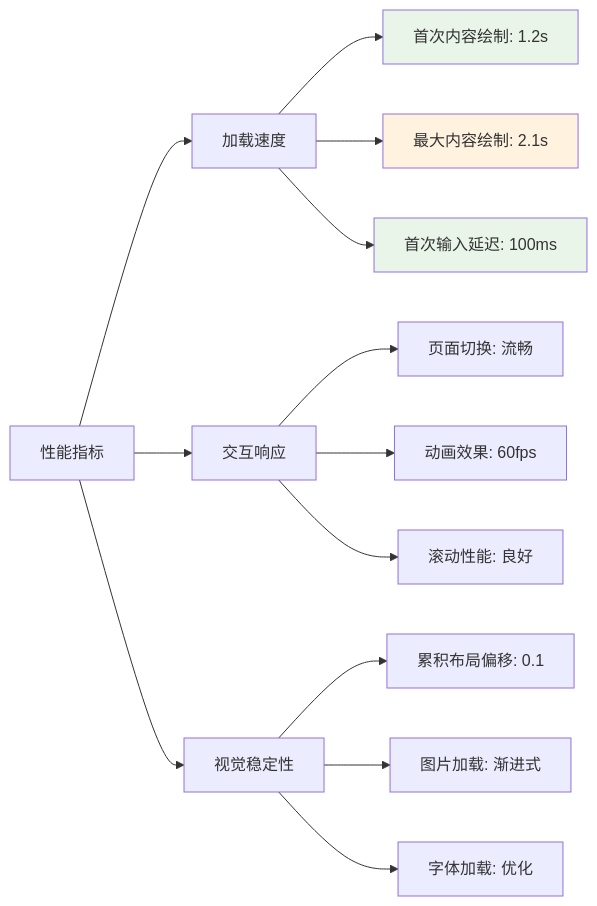
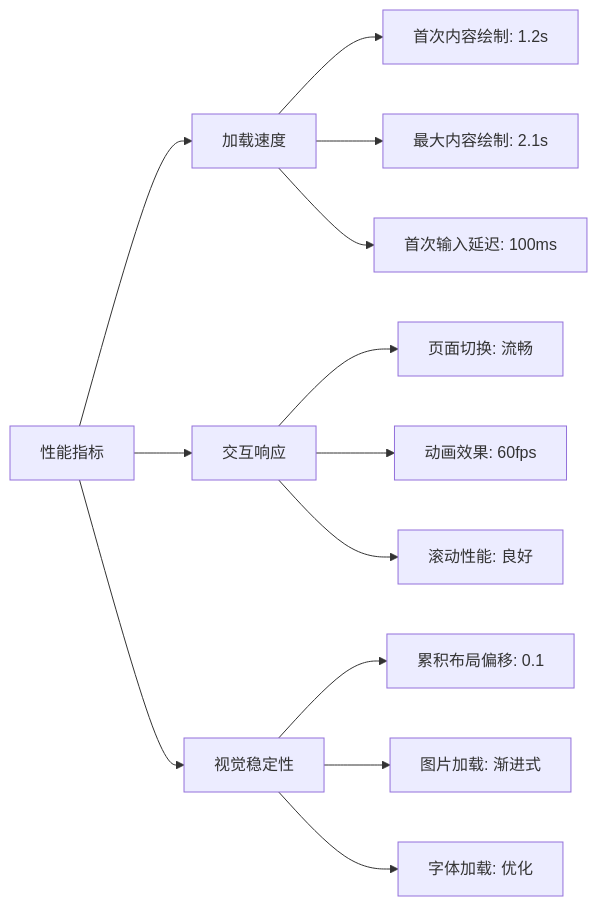
One commit to ChanMeng666/ai-programming-teaching-project changed the sixth of 6 diagrams in versioned_docs/version-2024-winter/advanced/cases/sasa-project.mdx. Above: the diagram before and after it, drawn with Mermaid. The commit also changed other lines of this file and 94 other files, not shown here.

First line of the commit message:
refactor(docs): unify MDX style and add Mermaid dual-view component

````diff
--- a/versioned_docs/version-2024-winter/advanced/cases/sasa-project.mdx
+++ b/versioned_docs/version-2024-winter/advanced/cases/sasa-project.mdx
@@ -431,22 +396,18 @@
 ```mermaid
 graph LR
     A[性能指标] --> B[加载速度]
     A --> C[交互响应]
     A --> D[视觉稳定性]
     
     B --> B1[首次内容绘制: 1.2s]
     B --> B2[最大内容绘制: 2.1s]
     B --> B3[首次输入延迟: 100ms]
     
     C --> C1[页面切换: 流畅]
     C --> C2[动画效果: 60fps]
     C --> C3[滚动性能: 良好]
     
     D --> D1[累积布局偏移: 0.1]
     D --> D2[图片加载: 渐进式]
     D --> D3[字体加载: 优化]
-    
-    style B1 fill:#e8f5e8
-    style B2 fill:#fff3e0
-    style B3 fill:#e8f5e8
 ```
````
